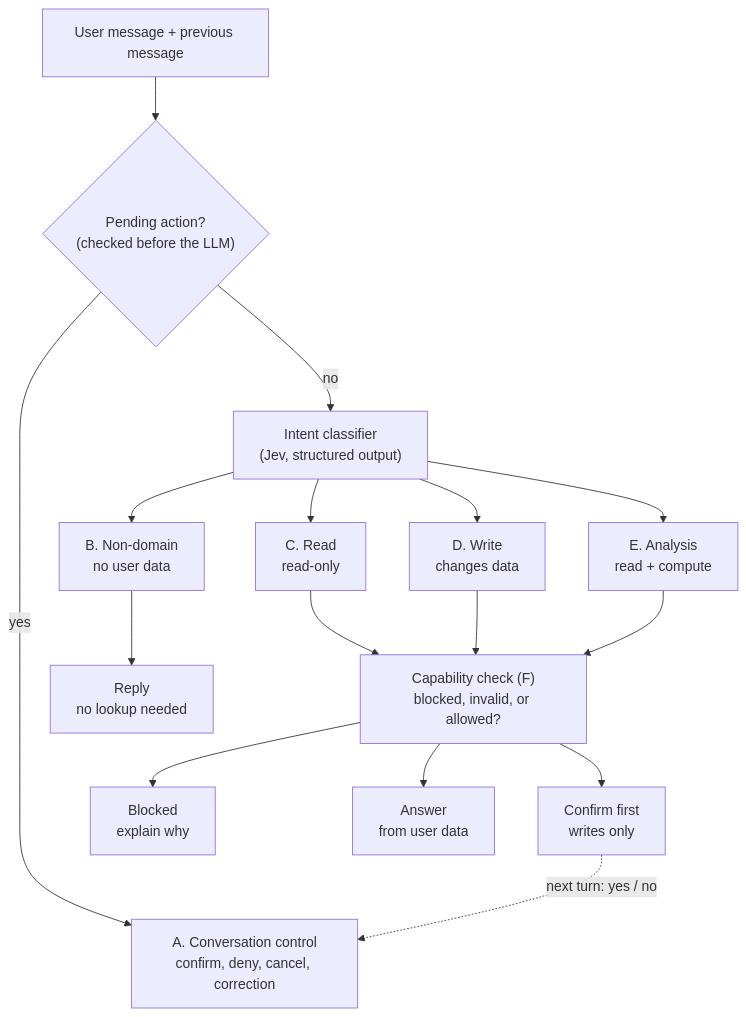
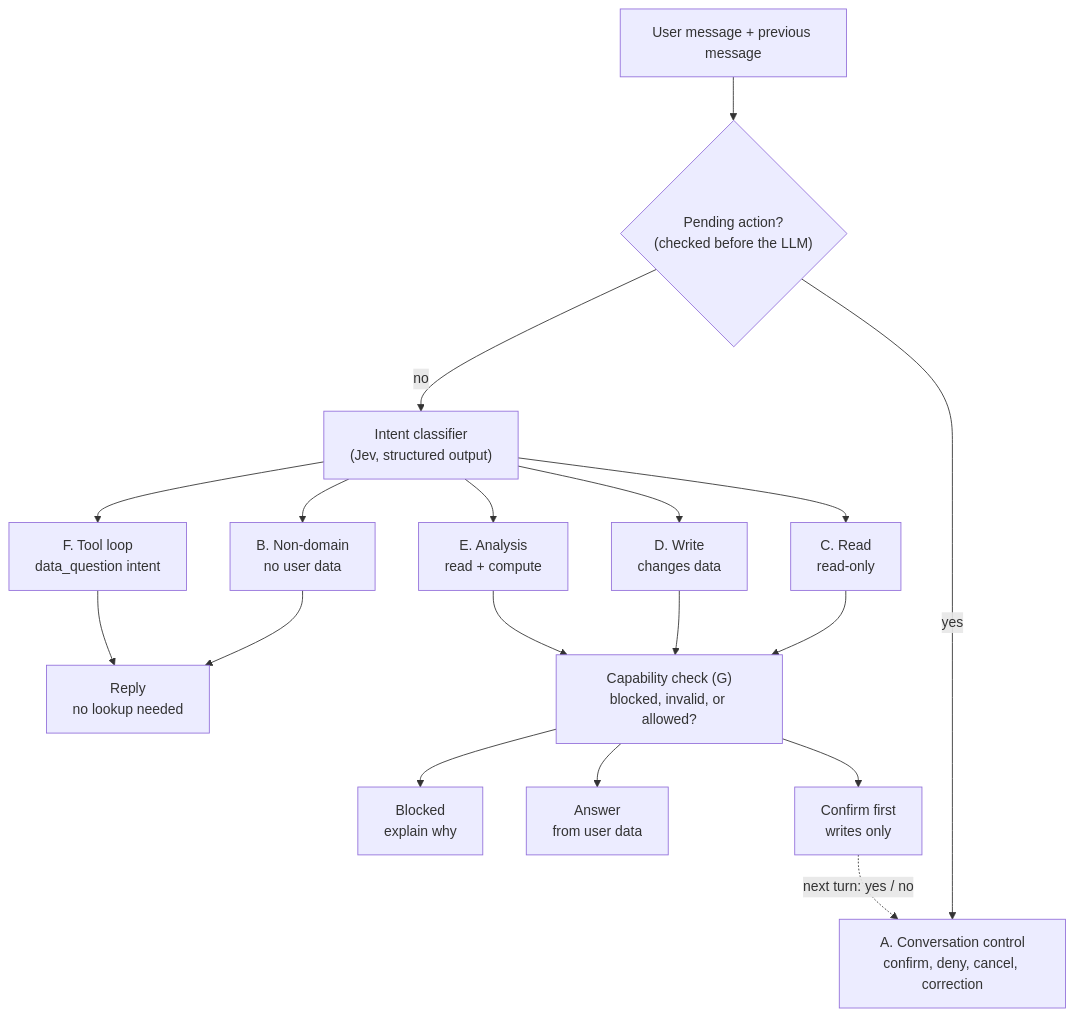
Before and after one commit to junielo/savvist-junielo: the first of 3 diagrams in docs/CHAT_ASSISTANT.md, drawn with Mermaid. The commit also changed other lines of this file and 14 other files, not shown here.

First line of the commit message:
feat(chat): add observability and entry records to agent graph

````diff
--- a/docs/CHAT_ASSISTANT.md
+++ b/docs/CHAT_ASSISTANT.md
@@ -144,18 +161,20 @@
 ```mermaid
 flowchart TD
   M["User message + previous message"] --> P{"Pending action?<br/>(checked before the LLM)"}
   P -- yes --> A["A. Conversation control<br/>confirm, deny, cancel, correction"]
   P -- no --> CL["Intent classifier<br/>(Jev, structured output)"]
   CL --> B["B. Non-domain<br/>no user data"]
   CL --> C["C. Read<br/>read-only"]
   CL --> D["D. Write<br/>changes data"]
   CL --> E["E. Analysis<br/>read + compute"]
+  CL --> TL["F. Tool loop<br/>data_question intent"]
   B --> RP["Reply<br/>no lookup needed"]
-  C --> CC["Capability check (F)<br/>blocked, invalid, or allowed?"]
+  C --> CC["Capability check (G)<br/>blocked, invalid, or allowed?"]
   D --> CC
   E --> CC
   CC --> BL["Blocked<br/>explain why"]
   CC --> AN["Answer<br/>from user data"]
   CC --> CF["Confirm first<br/>writes only"]
+  TL --> RP
   CF -. "next turn: yes / no" .-> A
 ```
````
